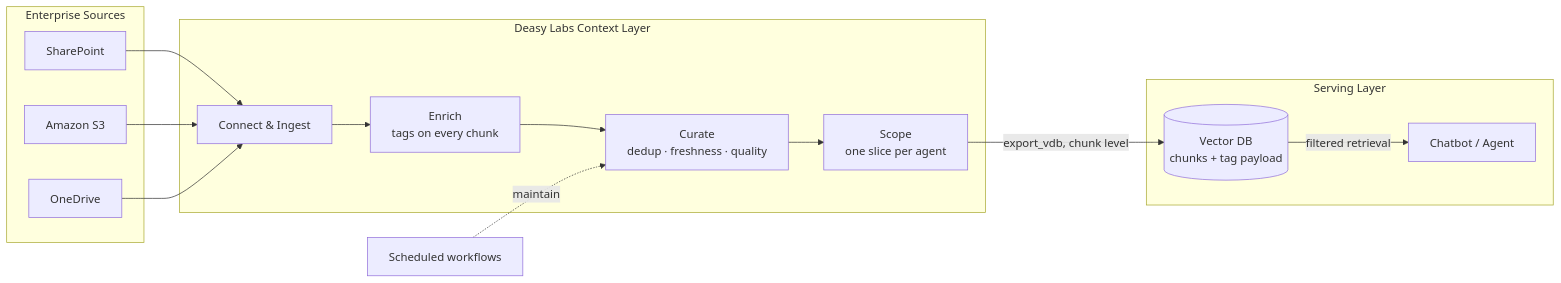
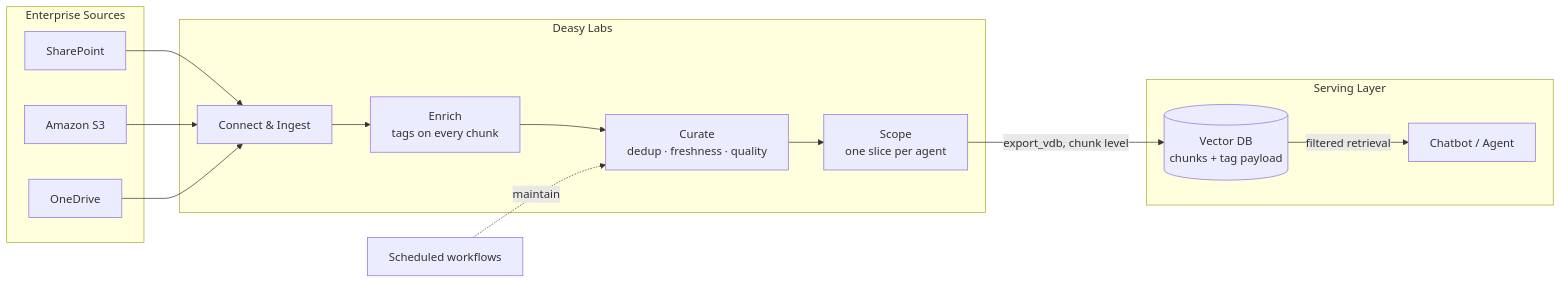
Before and after one commit to Deasie-internal/deasy-docs: the diagram in use-cases/rag-and-agents.mdx, drawn with Mermaid. The commit also changed other lines of this file, not shown here.

````diff
--- a/use-cases/rag-and-agents.mdx
+++ b/use-cases/rag-and-agents.mdx
@@ -25,28 +25,28 @@
 ```mermaid
 flowchart LR
     subgraph sources [Enterprise Sources]
         SP[SharePoint]
         S3[Amazon S3]
         OD[OneDrive]
     end
 
-    subgraph platform [Deasy Labs Context Layer]
+    subgraph platform [Deasy Labs]
         DC[Connect & Ingest]
         TAG[Enrich<br/>tags on every chunk]
         GATE[Curate<br/>dedup · freshness · quality]
         DS[Scope<br/>one slice per agent]
     end
 
     subgraph serving [Serving Layer]
         VDB[(Vector DB<br/>chunks + tag payload)]
         LLM[Chatbot / Agent]
     end
 
     SP --> DC
     S3 --> DC
     OD --> DC
     DC --> TAG --> GATE --> DS
     DS -->|export_vdb, chunk level| VDB
     VDB -->|filtered retrieval| LLM
     CRON[Scheduled workflows] -.->|maintain| GATE
 ```
````
